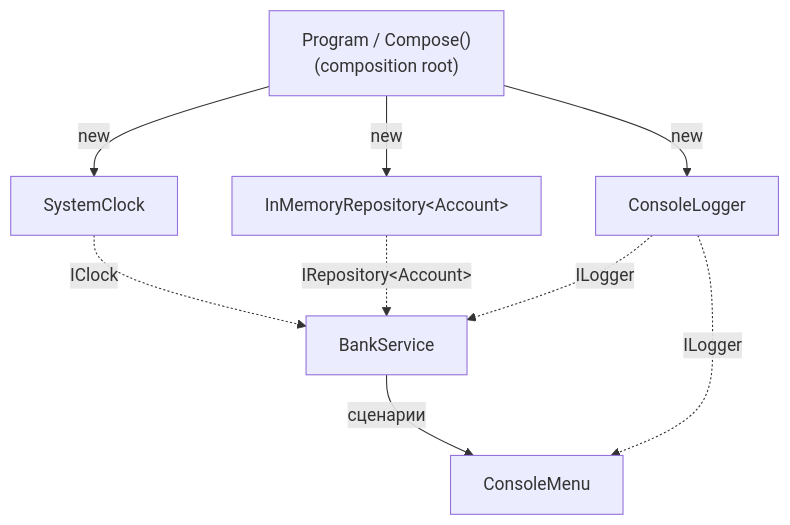
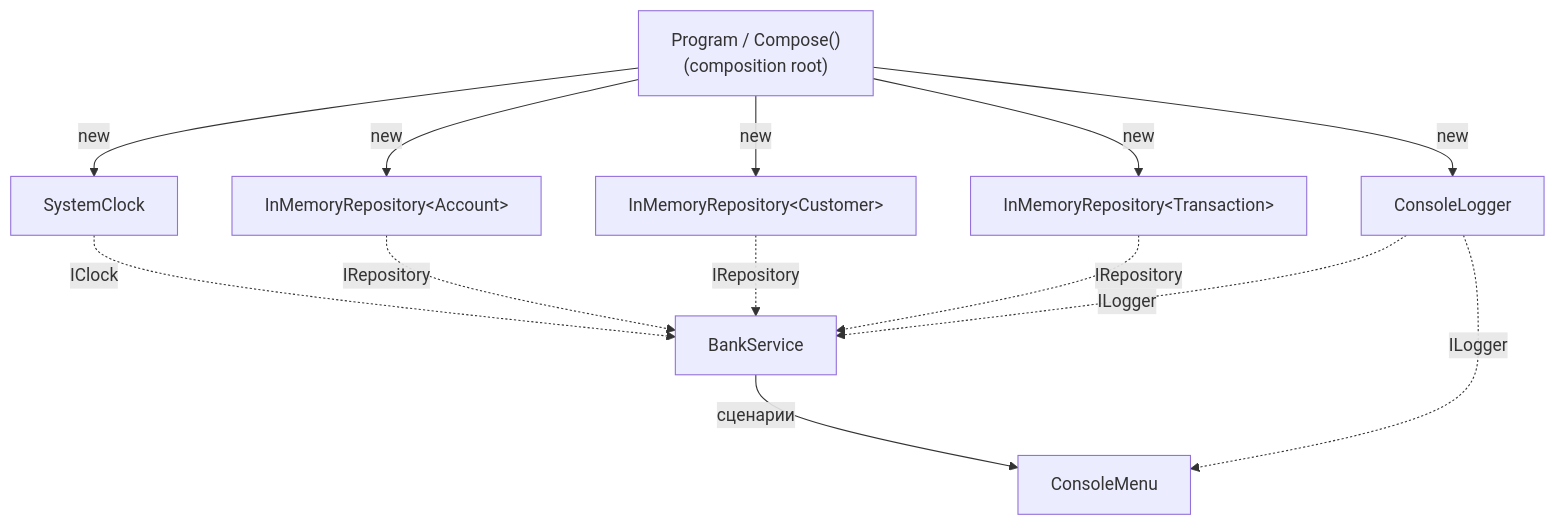
One commit to Tr1nside/C--learn-bank changed the second of 5 diagrams in README.md. Above: the diagram before and after it, drawn with Mermaid. The commit also changed other lines of this file, not shown here.

````diff
--- a/README.md
+++ b/README.md
@@ -74,15 +87,19 @@
 ```mermaid
 flowchart TD
     P["Program / Compose()<br/>(composition root)"]
 
     P -->|"new"| SC["SystemClock"]
-    P -->|"new"| IR["InMemoryRepository&lt;Account&gt;"]
+    P -->|"new"| AR["InMemoryRepository&lt;Account&gt;"]
+    P -->|"new"| CR["InMemoryRepository&lt;Customer&gt;"]
+    P -->|"new"| TR["InMemoryRepository&lt;Transaction&gt;"]
     P -->|"new"| CL["ConsoleLogger"]
 
     SC -.->|"IClock"| BS["BankService"]
-    IR -.->|"IRepository&lt;Account&gt;"| BS
+    AR -.->|"IRepository"| BS
+    CR -.->|"IRepository"| BS
+    TR -.->|"IRepository"| BS
     CL -.->|"ILogger"| BS
 
     BS -->|"сценарии"| UI["ConsoleMenu"]
     CL -.->|"ILogger"| UI
 ```
````
